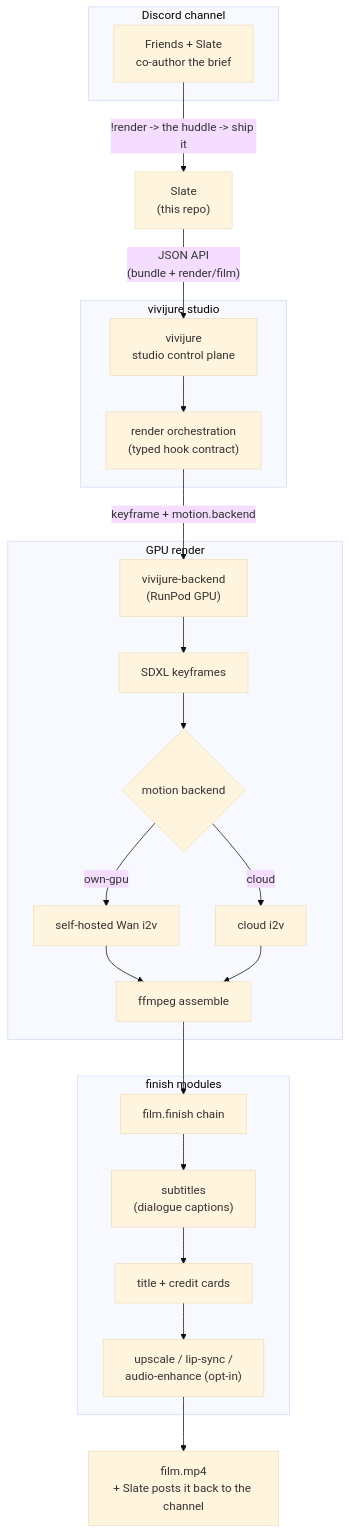
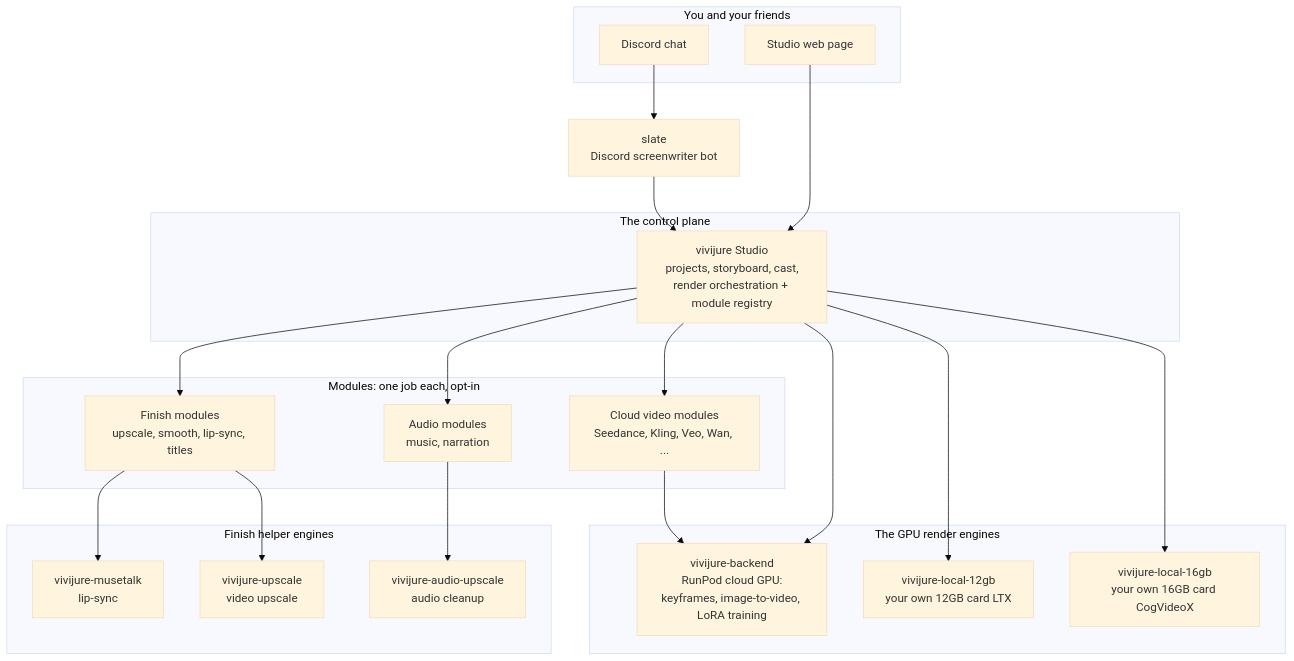
One commit to skyphusion-labs/skyphusion-slate changed the diagram in README.md. Above: the diagram before and after it, drawn with Mermaid (base theme). The commit also changed other lines of this file and 6 other files, not shown here.

````diff
--- a/README.md
+++ b/README.md
@@ -59,34 +23,45 @@
 ```mermaid
 flowchart TD
-    subgraph discord["Discord channel"]
-        friends["Friends + Slate<br/>co-author the brief"]
+    subgraph front[You and your friends]
+        discord[Discord chat]
+        ui[Studio web page]
     end
 
-    friends -->|"!render -> the huddle -> ship it"| slate["Slate<br/>(this repo)"]
-    slate -->|"JSON API<br/>(bundle + render/film)"| studio["vivijure<br/>studio control plane"]
+    slate[slate<br/>Discord screenwriter bot]
 
-    subgraph studioside["vivijure studio"]
-        studio --> orch["render orchestration<br/>(typed hook contract)"]
+    subgraph core[The control plane]
+        studio[vivijure Studio<br/>projects, storyboard, cast,<br/>render orchestration + module registry]
     end
 
-    orch -->|"keyframe + motion.backend"| backend["vivijure-backend<br/>(RunPod GPU)"]
-
-    subgraph render["GPU render"]
-        backend --> kf["SDXL keyframes"]
-        kf --> i2v{"motion backend"}
-        i2v -->|"own-gpu"| owngpu["self-hosted Wan i2v"]
-        i2v -->|"cloud"| cloud["cloud i2v"]
-        owngpu --> assemble["ffmpeg assemble"]
-        cloud --> assemble
+    subgraph modules[Modules: one job each, opt-in]
+        cloudmods[Cloud video modules<br/>Seedance, Kling, Veo, Wan, ...]
+        finishmods[Finish modules<br/>upscale, smooth, lip-sync, titles]
+        audiomods[Audio modules<br/>music, narration]
     end
 
-    assemble --> finish["film.finish chain"]
-
-    subgraph finishmods["finish modules"]
-        finish --> subs["subtitles<br/>(dialogue captions)"]
-        subs --> titles["title + credit cards"]
-        titles --> upscale["upscale / lip-sync /<br/>audio-enhance (opt-in)"]
+    subgraph gpu[The GPU render engines]
+        backend[vivijure-backend<br/>RunPod cloud GPU:<br/>keyframes, image-to-video, LoRA training]
+        local12[vivijure-local-12gb<br/>your own 12GB card LTX]
+        local16[vivijure-local-16gb<br/>your own 16GB card CogVideoX]
     end
 
-    upscale --> out["film.mp4<br/>+ Slate posts it back to the channel"]
+    subgraph finish[Finish helper engines]
+        musetalk[vivijure-musetalk<br/>lip-sync]
+        upscale[vivijure-upscale<br/>video upscale]
+        audioup[vivijure-audio-upscale<br/>audio cleanup]
+    end
+
+    discord --> slate
+    slate --> studio
+    ui --> studio
+    studio --> cloudmods
+    studio --> finishmods
+    studio --> audiomods
+    cloudmods --> backend
+    finishmods --> musetalk
+    finishmods --> upscale
+    audiomods --> audioup
+    studio --> backend
+    studio --> local12
+    studio --> local16
 ```
````
